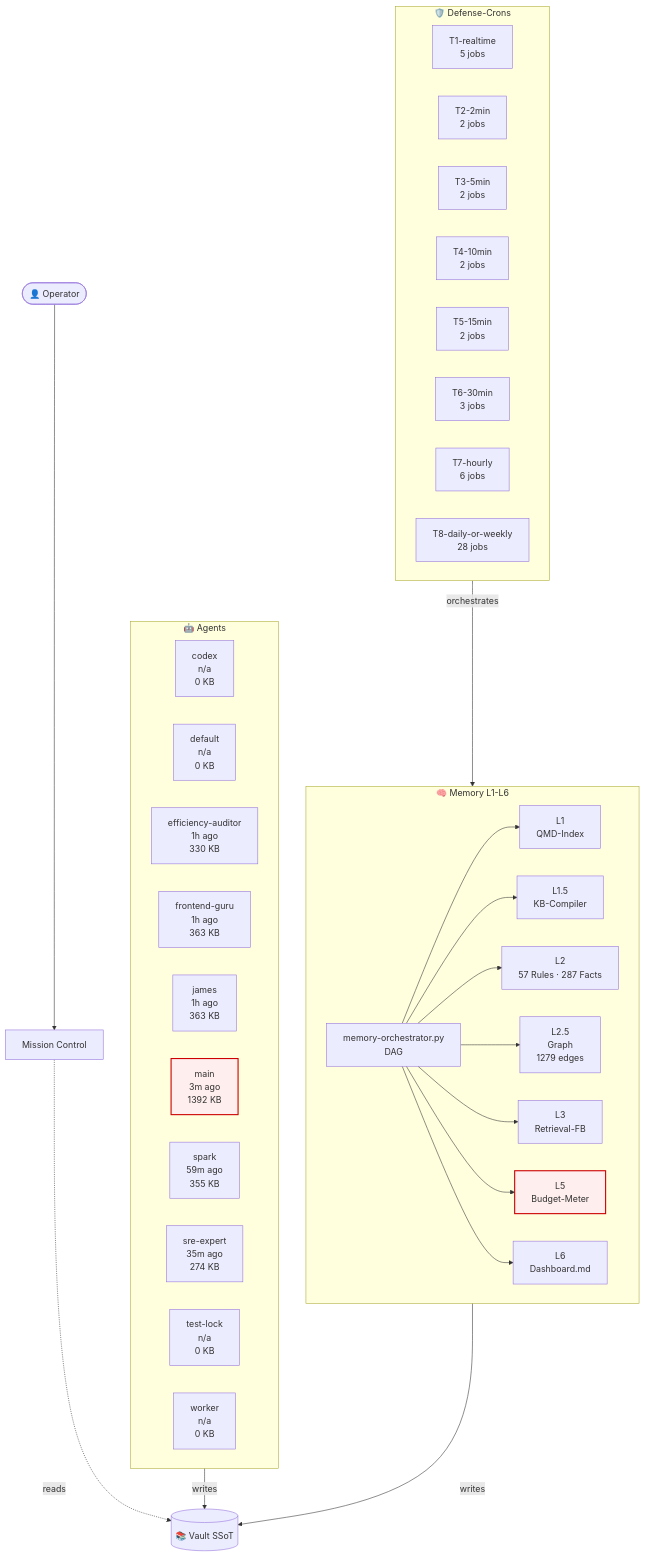
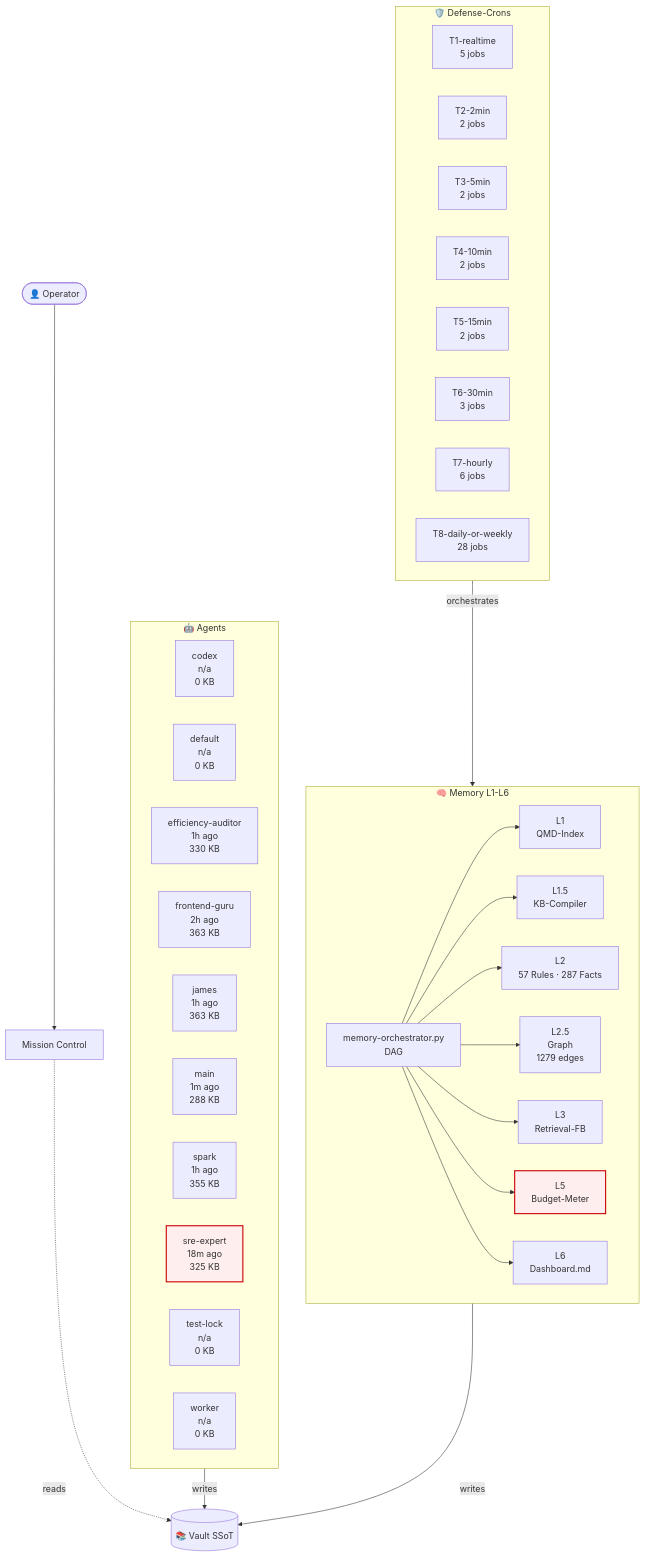
One commit to lenardhuebner88-rgb/openclaw-memory changed the diagram in 03-Agents/architecture-live.md. Above: the diagram before and after it, drawn with Mermaid. The commit also changed other lines of this file and 13 other files, not shown here.

````diff
--- a/03-Agents/architecture-live.md
+++ b/03-Agents/architecture-live.md
@@ -18,53 +18,53 @@
 ```mermaid
 flowchart TB
     classDef critical fill:#fee,stroke:#c00,stroke-width:2px;
     subgraph AGT["🤖 Agents"]
         agent_codex["codex<br/>n/a<br/>0 KB"]
         agent_default["default<br/>n/a<br/>0 KB"]
         agent_efficiency_auditor["efficiency-auditor<br/>1h ago<br/>330 KB"]
-        agent_frontend_guru["frontend-guru<br/>1h ago<br/>363 KB"]
+        agent_frontend_guru["frontend-guru<br/>2h ago<br/>363 KB"]
         agent_james["james<br/>1h ago<br/>363 KB"]
-        agent_main["main<br/>3m ago<br/>1392 KB"]
-        agent_spark["spark<br/>59m ago<br/>355 KB"]
-        agent_sre_expert["sre-expert<br/>35m ago<br/>274 KB"]
+        agent_main["main<br/>1m ago<br/>288 KB"]
+        agent_spark["spark<br/>1h ago<br/>355 KB"]
+        agent_sre_expert["sre-expert<br/>18m ago<br/>325 KB"]
         agent_test_lock["test-lock<br/>n/a<br/>0 KB"]
         agent_worker["worker<br/>n/a<br/>0 KB"]
     end
     subgraph MEM["🧠 Memory L1-L6"]
         L1["L1<br/>QMD-Index"]
         L15["L1.5<br/>KB-Compiler"]
         L2["L2<br/>57 Rules · 287 Facts"]
         L25["L2.5<br/>Graph<br/>1279 edges"]
         L3["L3<br/>Retrieval-FB"]
         L5["L5<br/>Budget-Meter"]
         L6["L6<br/>Dashboard.md"]
         ORCH["memory-orchestrator.py<br/>DAG"]
     end
     subgraph CRN["🛡️ Defense-Crons"]
         tier_T1_realtime["T1-realtime<br/>5 jobs"]
         tier_T2_2min["T2-2min<br/>2 jobs"]
         tier_T3_5min["T3-5min<br/>2 jobs"]
         tier_T4_10min["T4-10min<br/>2 jobs"]
         tier_T5_15min["T5-15min<br/>2 jobs"]
         tier_T6_30min["T6-30min<br/>3 jobs"]
         tier_T7_hourly["T7-hourly<br/>6 jobs"]
         tier_T8_daily_or_weekly["T8-daily-or-weekly<br/>28 jobs"]
     end
     VAULT[("📚 Vault SSoT")]
     OP([👤 Operator])
     MC["Mission Control"]
     OP --> MC
     MC -.reads.-> VAULT
     AGT -->|writes| VAULT
     MEM -->|writes| VAULT
     ORCH --> L1
     ORCH --> L15
     ORCH --> L2
     ORCH --> L25
     ORCH --> L3
     ORCH --> L5
     ORCH --> L6
     CRN -->|orchestrates| MEM
     class L5 critical
-    class agent_main critical
+    class agent_sre_expert critical
 ```
````
